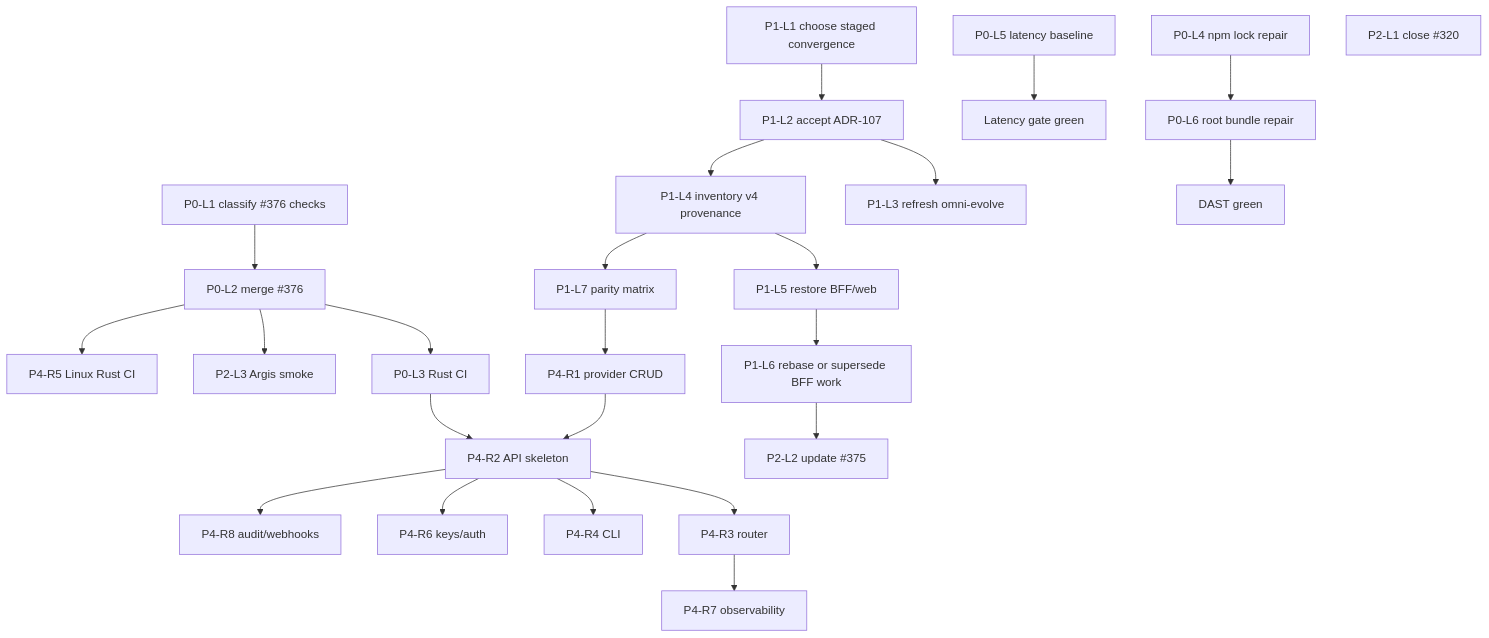
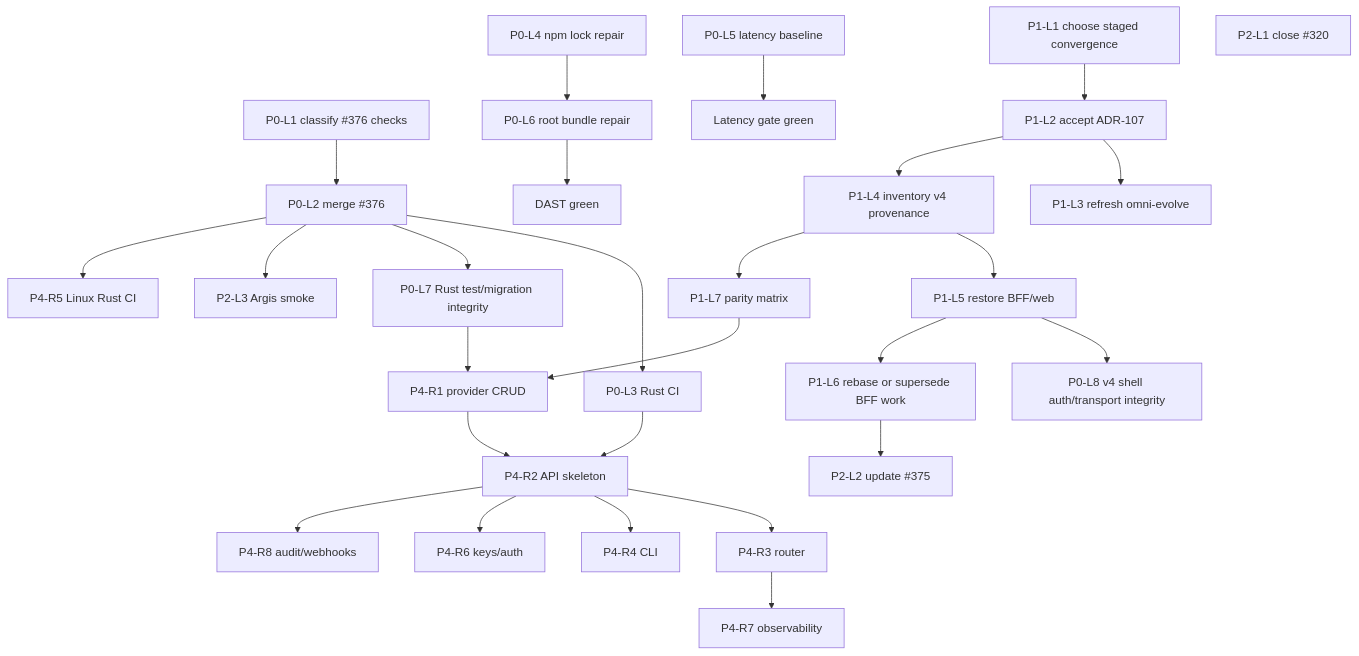
Before and after one commit to KooshaPari/OmniRoute: the diagram in plans/2026-07-17-proc2-wbs-pert-dag.md, drawn with Mermaid. The commit also changed other lines of this file and 3 other files, not shown here.

````diff
--- a/plans/2026-07-17-proc2-wbs-pert-dag.md
+++ b/plans/2026-07-17-proc2-wbs-pert-dag.md
@@ -81,30 +83,33 @@
 ```mermaid
 flowchart TD
   C376[P0-L1 classify #376 checks] --> M376[P0-L2 merge #376]
   M376 --> RCI[P0-L3 Rust CI]
+  M376 --> RBASE[P0-L7 Rust test/migration integrity]
+  RESTORE --> SHELLFIX[P0-L8 v4 shell auth/transport integrity]
   M376 --> ARG[P2-L3 Argis smoke]
   NPM[P0-L4 npm lock repair] --> BUNDLE[P0-L6 root bundle repair]
   BUNDLE --> DAST[DAST green]
   LAT[P0-L5 latency baseline] --> REST[Latency gate green]
 
   DEC[P1-L1 choose staged convergence]
   DEC --> ADR[P1-L2 accept ADR-107]
   ADR --> DAG[P1-L3 refresh omni-evolve]
   ADR --> INV[P1-L4 inventory v4 provenance]
   INV --> RESTORE[P1-L5 restore BFF/web]
   RESTORE --> BFF[P1-L6 rebase or supersede BFF work]
   INV --> MATRIX[P1-L7 parity matrix]
 
   MATRIX --> CRUD[P4-R1 provider CRUD]
+  RBASE --> CRUD
   RCI --> API[P4-R2 API skeleton]
   CRUD --> API
   API --> ROUTER[P4-R3 router]
   API --> CLI[P4-R4 CLI]
   M376 --> RUSTCI[P4-R5 Linux Rust CI]
   API --> AUTH[P4-R6 keys/auth]
   ROUTER --> OBS[P4-R7 observability]
   API --> AUDIT[P4-R8 audit/webhooks]
 
   CLOSE320[P2-L1 close #320]
   BFF --> NOTE375[P2-L2 update #375]
 ```
````
